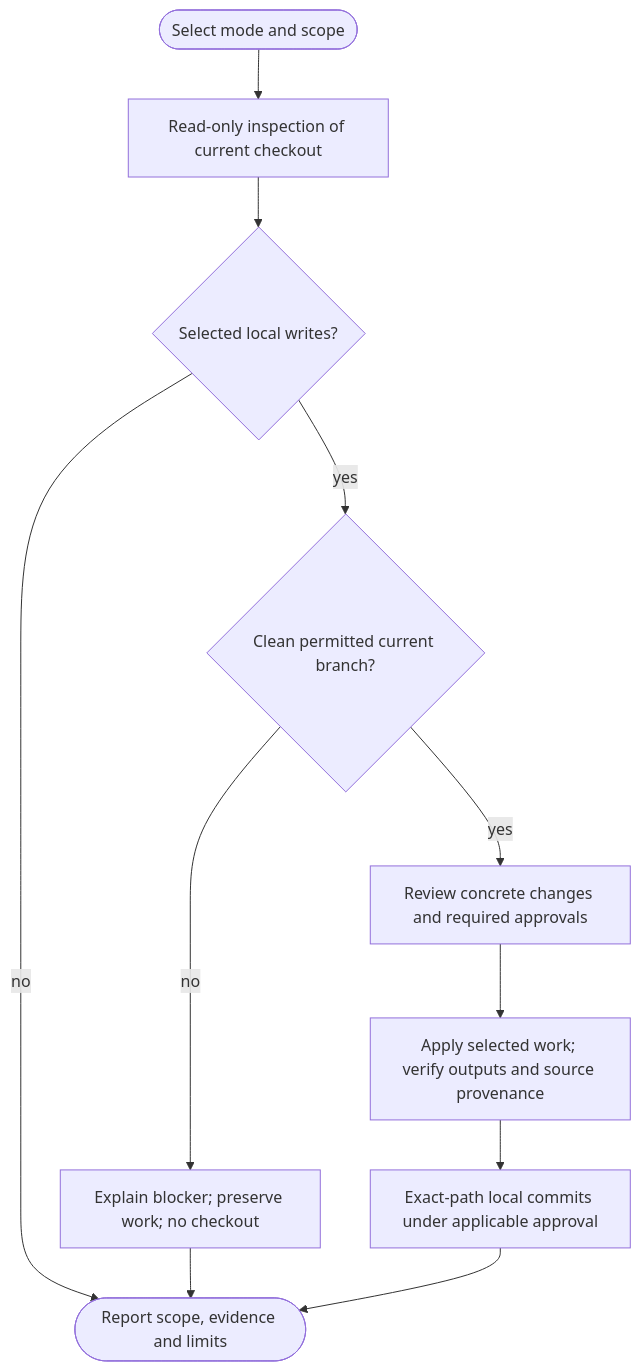
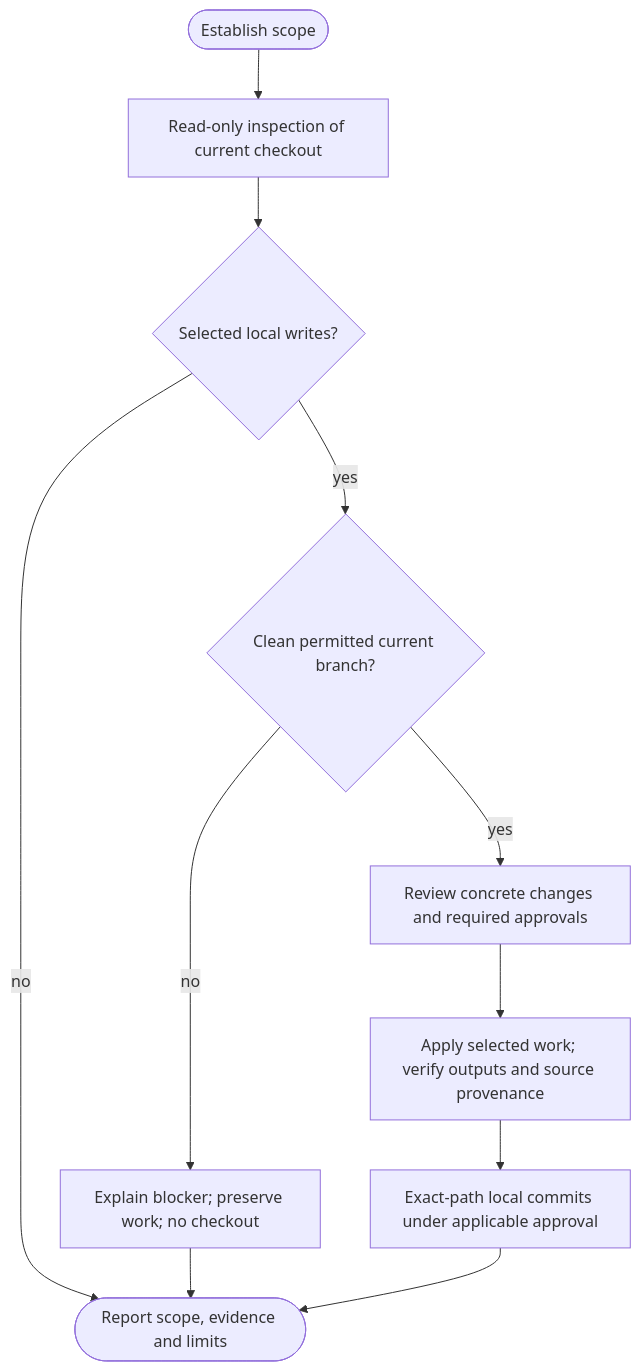
The diagram in docs/commands/adopt.md (myowinthein/agent-helm), drawn with Mermaid before and after one commit. The commit also changed other lines of this file and 3 other files, not shown here.

````diff
--- a/docs/commands/adopt.md
+++ b/docs/commands/adopt.md
@@ -62,13 +60,13 @@
 ```mermaid
 flowchart TD
-  Start([Select mode and scope]) --> Inspect[Read-only inspection of current checkout]
+  Start([Establish scope]) --> Inspect[Read-only inspection of current checkout]
   Inspect --> Write{Selected local writes?}
   Write -->|no| Report([Report scope, evidence and limits])
   Write -->|yes| Ready{Clean permitted current branch?}
   Ready -->|no| Block[Explain blocker; preserve work; no checkout]
   Block --> Report
   Ready -->|yes| Review[Review concrete changes and required approvals]
   Review --> Apply[Apply selected work; verify outputs and source provenance]
   Apply --> Commit[Exact-path local commits under applicable approval]
   Commit --> Report
 ```
````
